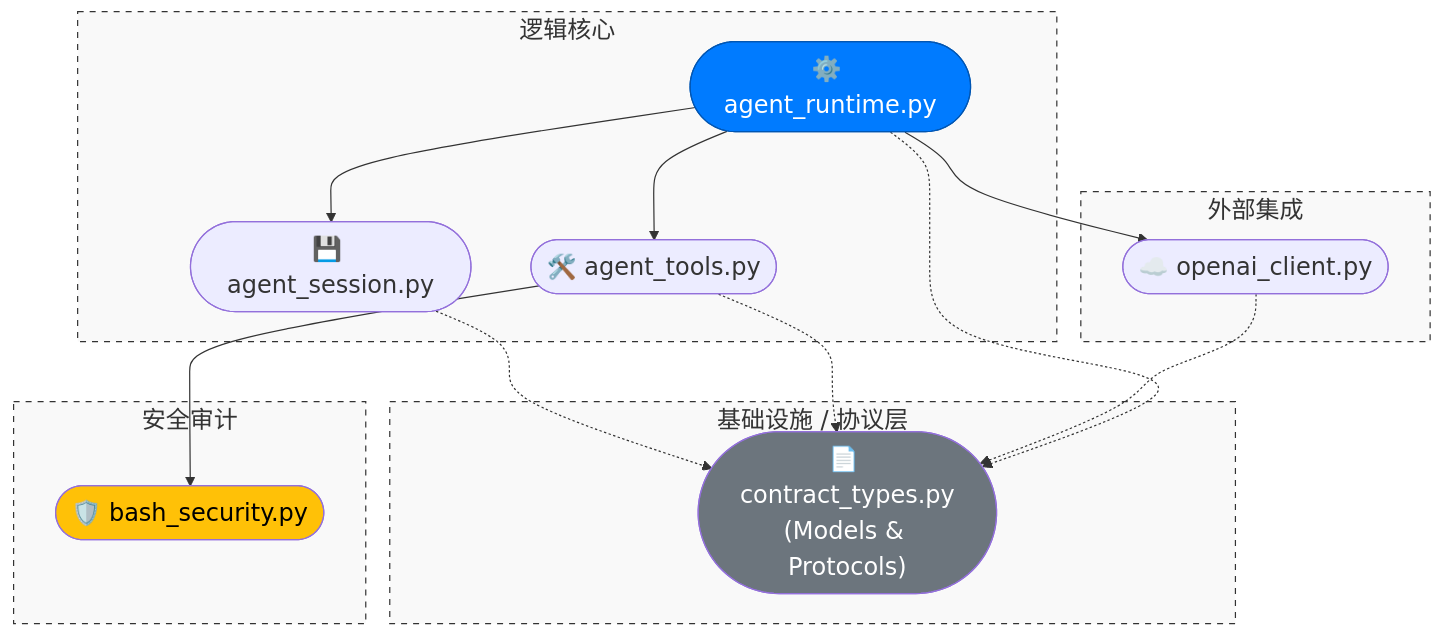
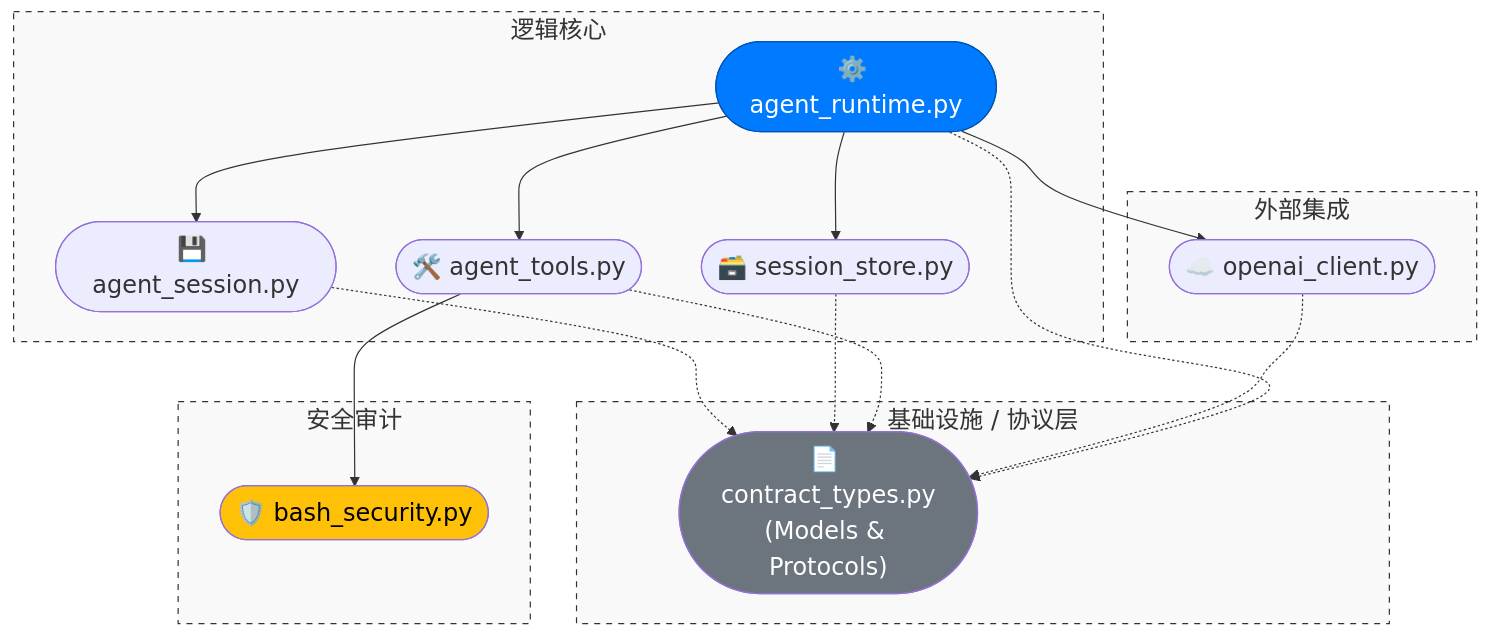
The diagram in docs/Architecture.md (WenXingming/ClawCodeAgent), drawn with Mermaid before and after one commit. The commit also changed other lines of this file and 9 other files, not shown here.

````diff
--- a/docs/Architecture.md
+++ b/docs/Architecture.md
@@ -11,58 +11,61 @@
 ```mermaid
 %%{init: {
     "theme": "default",
     "themeVariables": {
         "fontFamily": "Times New Roman",
         "fontSize": "20px"
     },
     "flowchart": {
         "curve": "basis" 
     }
 }}%%
 
 graph TD
     %% 全局样式设置
     accTitle: Agent System Architecture
     accDescr: A diagram showing the module dependencies of an AI agent system.
 
     %% 模块分组
     subgraph Infrastructure [基础设施 / 协议层]
         n_contract(["📄 contract_types.py<br/>(Models & Protocols)"])
         style Infrastructure fill:#f9f9f9,stroke:#333,stroke-dasharray: 5 5
     end
 
     subgraph Security [安全审计]
         n_bash_security(["🛡️ bash_security.py"])
         style Security fill:#f9f9f9,stroke:#333,stroke-dasharray: 5 5
     end
 
     subgraph External [外部集成]
         n_openai(["☁️ openai_client.py"])
         style External fill:#f9f9f9,stroke:#333,stroke-dasharray: 5 5
     end
 
     subgraph Core [逻辑核心]
         n_runtime(["⚙️ agent_runtime.py"])
         n_session(["💾 agent_session.py"])
+        n_session_store(["🗃️ session_store.py"])
         n_tools(["🛠️ agent_tools.py"])
         style Core fill:#f9f9f9,stroke:#333,stroke-dasharray: 5 5
     end
 
     %% 业务逻辑依赖 (实线)
     n_runtime --> n_session
+    n_runtime --> n_session_store
     n_runtime --> n_tools
     n_runtime --> n_openai
     
     n_tools --> n_bash_security
     
     %% 数据协议依赖 (虚线，避免视觉干扰)
     n_session -.-> n_contract
+    n_session_store -.-> n_contract
     n_tools -.-> n_contract
     n_openai -.-> n_contract
     n_runtime -.-> n_contract
 
     %% 自定义节点颜色 (继承你原有的配色)
     style n_runtime fill:#007bff,color:#fff,stroke:#0056b3
     style n_contract fill:#6c757d,color:#fff
     style n_bash_security fill:#ffc107,color:#000
 ```
````
